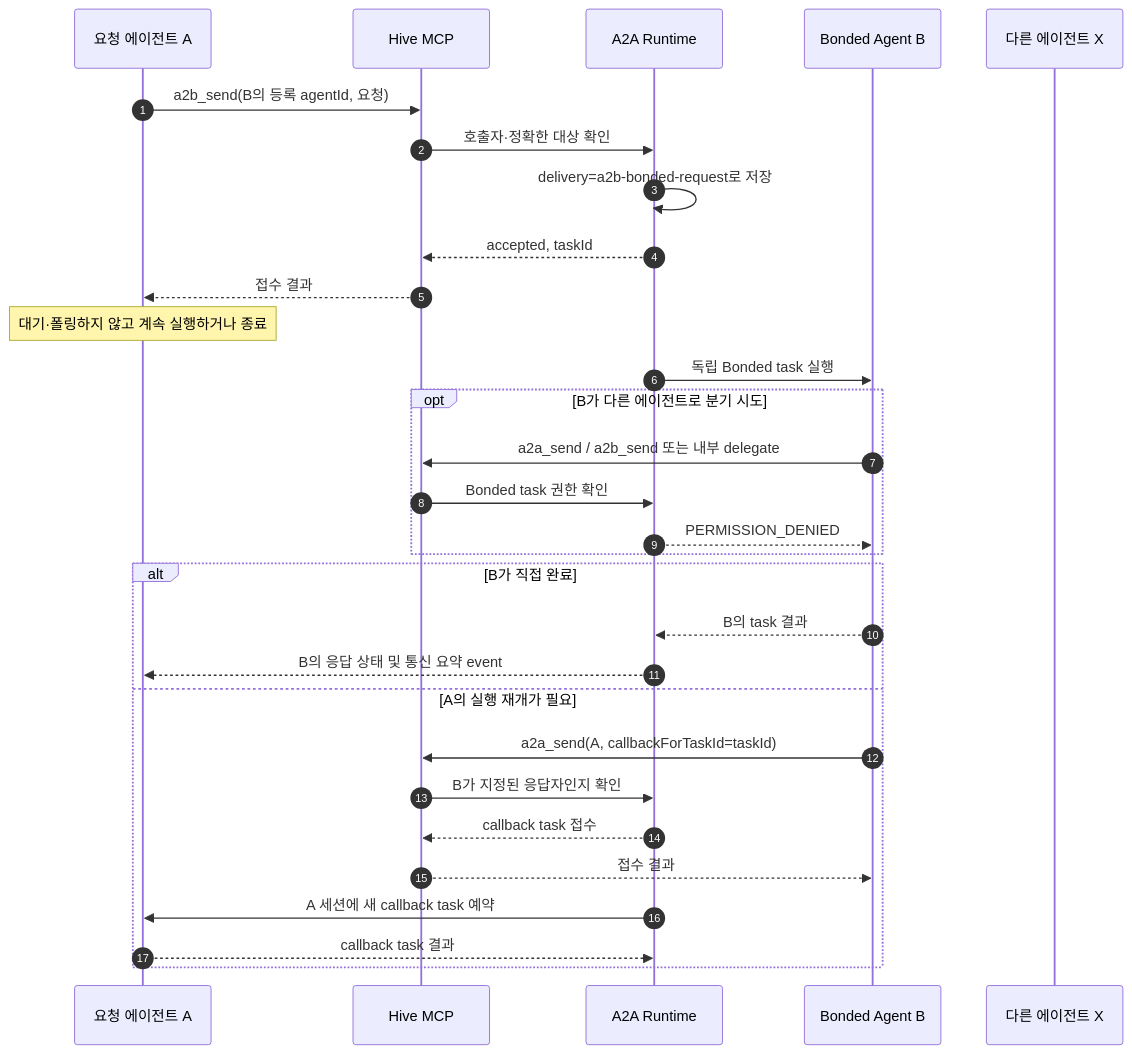
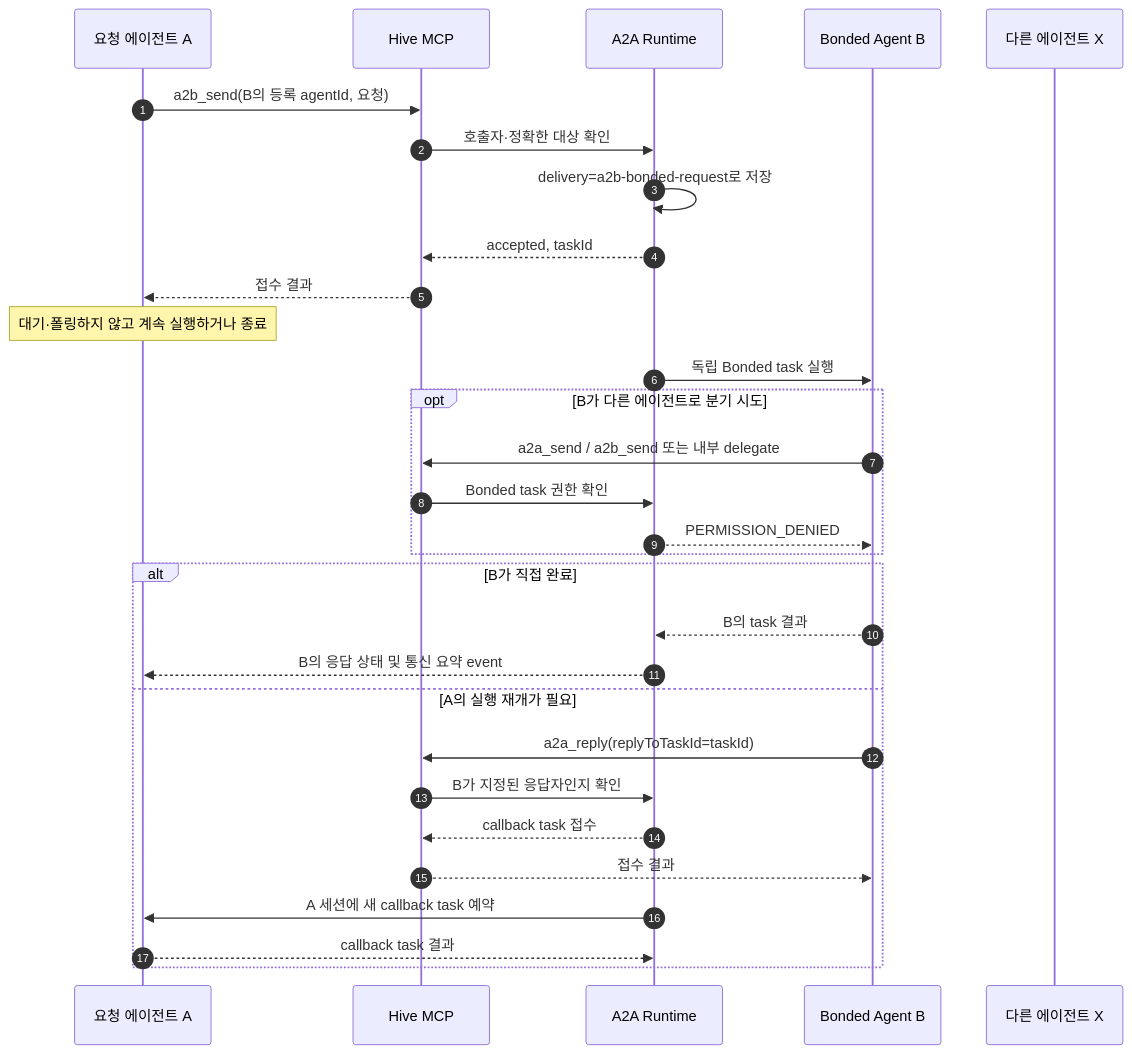
One commit to inasis/Hive changed the third of 3 diagrams in docs/architecture/a2a-a2b-flows.ko.md. Above: the diagram before and after it, drawn with Mermaid. The commit also changed other lines of this file and 810 other files, not shown here.

````diff
--- a/docs/architecture/a2a-a2b-flows.ko.md
+++ b/docs/architecture/a2a-a2b-flows.ko.md
@@ -49,35 +73,35 @@
 ```mermaid
 sequenceDiagram
     autonumber
     participant A as 요청 에이전트 A
     participant M as Hive MCP
     participant R as A2A Runtime
     participant B as Bonded Agent B
     participant X as 다른 에이전트 X
 
     A->>M: a2b_send(B의 등록 agentId, 요청)
     M->>R: 호출자·정확한 대상 확인
     R->>R: delivery=a2b-bonded-request로 저장
     R-->>M: accepted, taskId
     M-->>A: 접수 결과
     Note over A: 대기·폴링하지 않고 계속 실행하거나 종료
     R->>B: 독립 Bonded task 실행
 
     opt B가 다른 에이전트로 분기 시도
         B->>M: a2a_send / a2b_send 또는 내부 delegate
         M->>R: Bonded task 권한 확인
         R-->>B: PERMISSION_DENIED
     end
 
     alt B가 직접 완료
         B-->>R: B의 task 결과
         R-->>A: B의 응답 상태 및 통신 요약 event
     else A의 실행 재개가 필요
-        B->>M: a2a_send(A, callbackForTaskId=taskId)
+        B->>M: a2a_reply(replyToTaskId=taskId)
         M->>R: B가 지정된 응답자인지 확인
         R-->>M: callback task 접수
         M-->>B: 접수 결과
         R->>A: A 세션에 새 callback task 예약
         A-->>R: callback task 결과
     end
 ```
````
